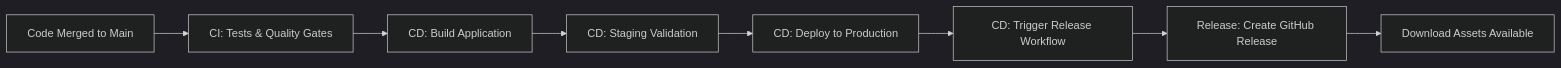
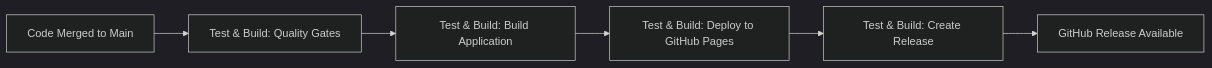
Before and after one commit to StargrrlMoonlight/SettingUpMcpServers: the diagram in WORKFLOW.md, drawn with Mermaid (dark theme). The commit also changed other lines of this file and 30 other files, not shown here.

````diff
--- a/WORKFLOW.md
+++ b/WORKFLOW.md
@@ -8,10 +8,8 @@
 ```mermaid
 graph LR
-    A[Code Merged to Main] --> B[CI: Tests & Quality Gates]
-    B --> C[CD: Build Application]
-    C --> D[CD: Staging Validation]
-    D --> E[CD: Deploy to Production]
-    E --> F[CD: Trigger Release Workflow]
-    F --> G[Release: Create GitHub Release]
-    G --> H[Download Assets Available]
+    A[Code Merged to Main] --> B[Test & Build: Quality Gates]
+    B --> C[Test & Build: Build Application]
+    C --> D[Test & Build: Deploy to GitHub Pages]
+    D --> E[Test & Build: Create Release]
+    E --> F[GitHub Release Available]
 ```
````
